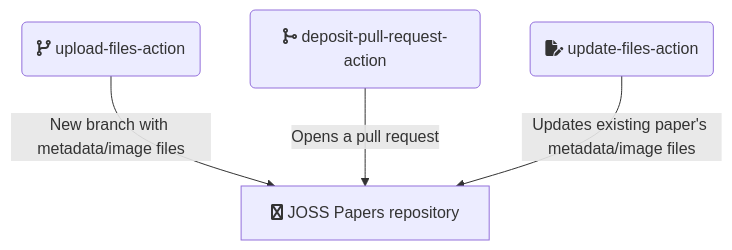
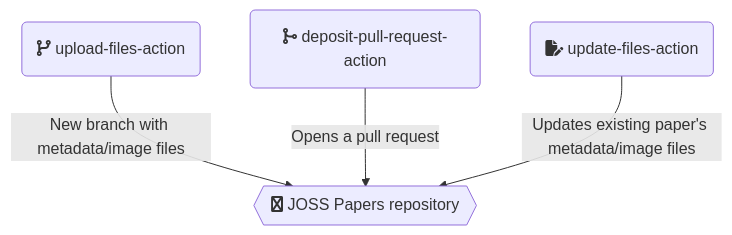
Before and after one commit to openjournals/joss-infra-docs: the second of 6 diagrams in github-actions.md, drawn with Mermaid. The commit also changed other lines of this file, not shown here.

Commit message:
Change shape for GitHub repos

````diff
--- a/github-actions.md
+++ b/github-actions.md
@@ -69,12 +69,12 @@
 ```mermaid
 flowchart TD
   UPLOAD(fa:fa-code-branch upload-files-action)
   PR(fa:fa-code-merge deposit-pull-request-action)
   UPDATE(fa:fa-file-edit update-files-action)
    
-  PapersRepo[fa:fa-github JOSS Papers repository]
+  PapersRepo{{fa:fa-github JOSS Papers repository}}
 
   UPLOAD --> |New branch with metadata/image files| PapersRepo
   PR --> |Opens a pull request| PapersRepo
   UPDATE --> |Updates existing paper's metadata/image files| PapersRepo
 ```
````
